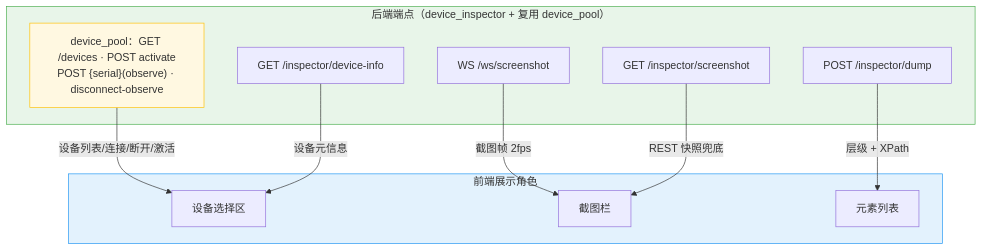
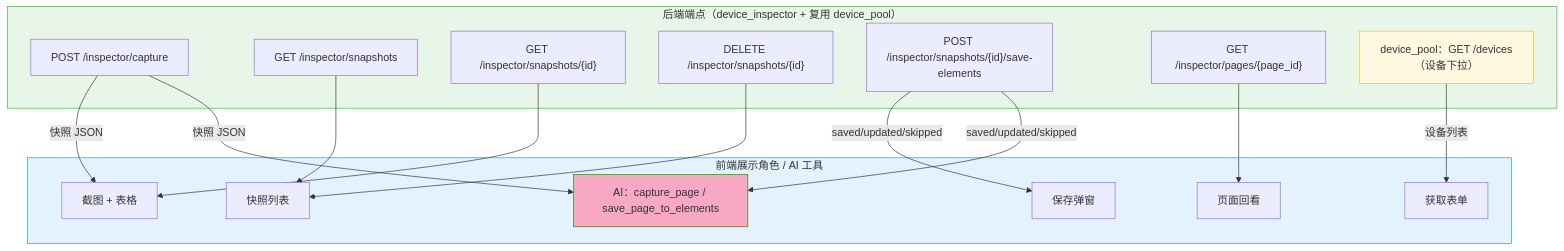
The fourth of 5 diagrams in dev_docs/03-设计与架构/ARCH-03-设备检查器.md (Kahoku-lazy/Android-AutoTests), drawn with Mermaid before and after one commit. The commit also changed other lines of this file and 53 other files, not shown here.

````diff
--- a/dev_docs/03-设计与架构/ARCH-03-设备检查器.md
+++ b/dev_docs/03-设计与架构/ARCH-03-设备检查器.md
@@ -133,26 +147,36 @@
 ```mermaid
 flowchart TB
     subgraph API["后端端点（device_inspector + 复用 device_pool）"]
-        DUMP["POST /inspector/dump"]
-        INFO["GET /inspector/device-info"]
-        SHOT["GET /inspector/screenshot"]
-        WS["WS /ws/screenshot"]
-        DEVAPI["device_pool：GET /devices · POST activate<br/>POST {serial}(observe) · disconnect-observe"]
+        CAP["POST /inspector/capture"]
+        LST["GET /inspector/snapshots"]
+        DET["GET /inspector/snapshots/{id}"]
+        DEL["DELETE /inspector/snapshots/{id}"]
+        SAV["POST /inspector/snapshots/{id}/save-elements"]
+        PGV["GET /inspector/pages/{page_id}"]
+        DEVAPI["device_pool：GET /devices（设备下拉）"]
     end
 
-    subgraph FE["前端展示角色"]
-        SEL["设备选择区"]
-        PHONE["截图栏"]
-        PE["元素列表"]
+    subgraph FE["前端展示角色 / AI 工具"]
+        FORM["获取表单"]
+        VIEW["截图 + 表格"]
+        SNAP["快照列表"]
+        SAVE["保存弹窗"]
+        BACKVIEW["页面回看"]
+        AIT["AI：capture_page / save_page_to_elements"]
     end
 
-    DEVAPI -->|"设备列表/连接/断开/激活"| SEL
-    WS -->|"截图帧 2fps"| PHONE
-    SHOT -->|"REST 快照兜底"| PHONE
-    DUMP -->|"层级 + XPath"| PE
-    INFO -->|"设备元信息"| SEL
+    DEVAPI -->|"设备列表"| FORM
+    CAP -->|"快照 JSON"| VIEW
+    CAP -->|"快照 JSON"| AIT
+    LST --> SNAP
+    DET --> VIEW
+    DEL --> SNAP
+    SAV -->|"saved/updated/skipped"| SAVE
+    SAV -->|"saved/updated/skipped"| AIT
+    PGV --> BACKVIEW
 
     style API fill:#e8f5e9,stroke:#4caf50
     style FE fill:#e3f2fd,stroke:#2196f3
     style DEVAPI fill:#fff8e1,stroke:#ffc107
+    style AIT fill:#f7a8c4,stroke:#3a7a10
 ```
````
